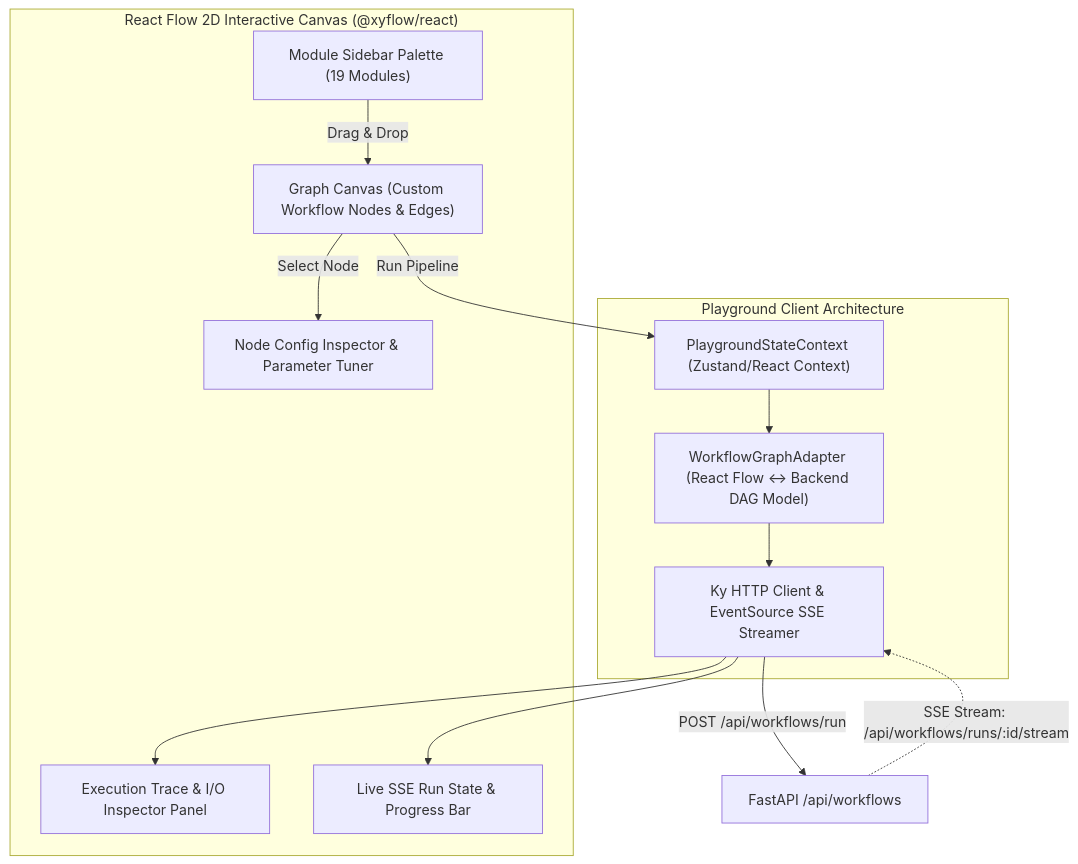
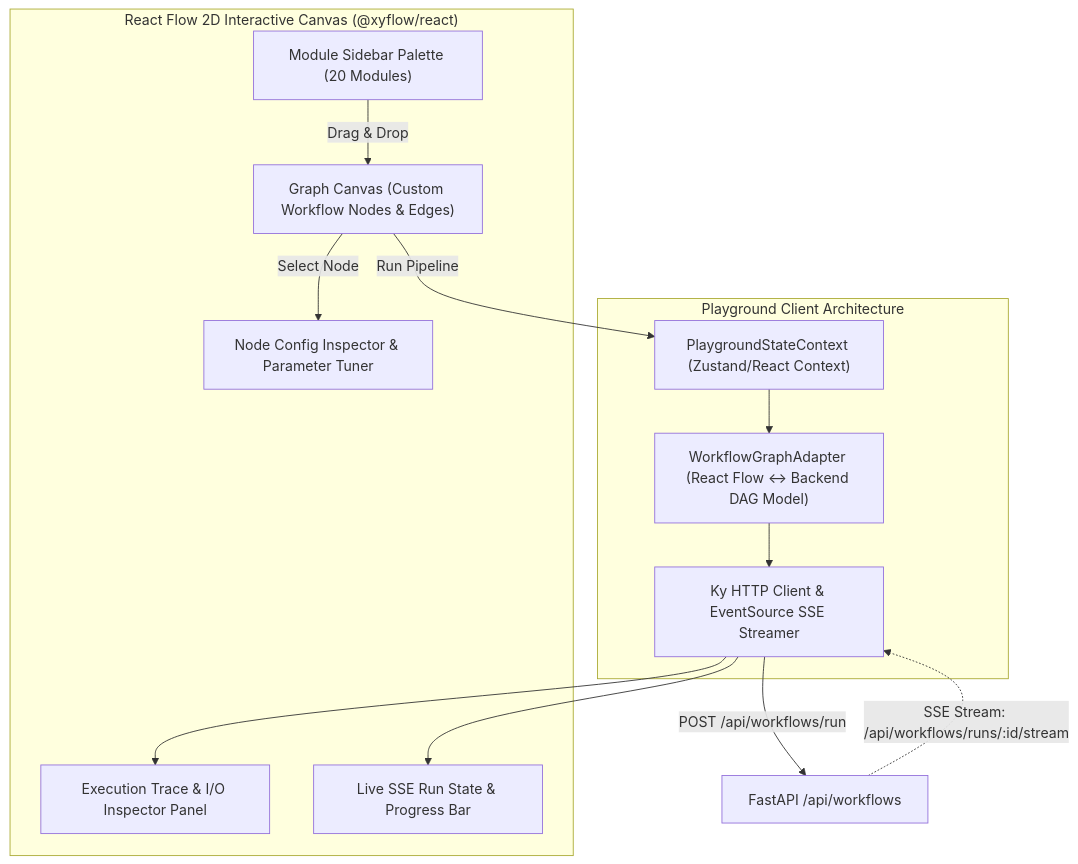
One commit to bist-mini-final/bist-mini-final changed the first of 2 diagrams in docs/04_workspace_blueprints/BP-401_ws_pipeline_playground.md. Above: the diagram before and after it, drawn with Mermaid. The commit also changed other lines of this file and 4 other files, not shown here.

````diff
--- a/docs/04_workspace_blueprints/BP-401_ws_pipeline_playground.md
+++ b/docs/04_workspace_blueprints/BP-401_ws_pipeline_playground.md
@@ -11,26 +11,26 @@
 ```mermaid
 flowchart TB
     subgraph UI_Canvas ["React Flow 2D Interactive Canvas (@xyflow/react)"]
-        PALETTE["Module Sidebar Palette (19 Modules)"]
+        PALETTE["Module Sidebar Palette (20 Modules)"]
         CANVAS["Graph Canvas (Custom Workflow Nodes & Edges)"]
         INSPECTOR["Node Config Inspector & Parameter Tuner"]
         TRACE_PANEL["Execution Trace & I/O Inspector Panel"]
         SSE_BAR["Live SSE Run State & Progress Bar"]
     end
 
     subgraph ClientServices ["Playground Client Architecture"]
         CTX["PlaygroundStateContext (Zustand/React Context)"]
         ADAPTER["WorkflowGraphAdapter (React Flow <-> Backend DAG Model)"]
         API_CLIENT["Ky HTTP Client & EventSource SSE Streamer"]
     end
 
     PALETTE -->|Drag & Drop| CANVAS
     CANVAS -->|Select Node| INSPECTOR
     CANVAS -->|Run Pipeline| CTX
     CTX --> ADAPTER
     ADAPTER --> API_CLIENT
     API_CLIENT -->|POST /api/workflows/run| BACKEND["FastAPI /api/workflows"]
     BACKEND -.->|"SSE Stream: /api/workflows/runs/:id/stream"| API_CLIENT
     API_CLIENT --> SSE_BAR
     API_CLIENT --> TRACE_PANEL
 ```
````
